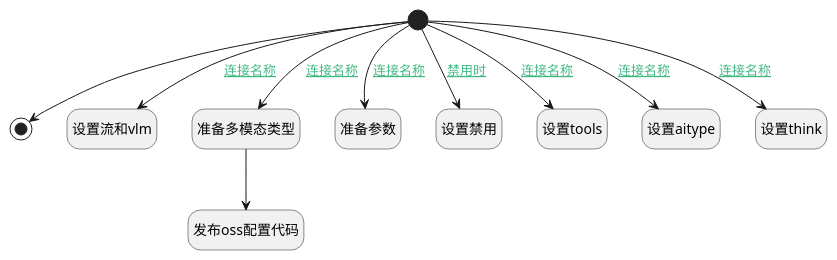
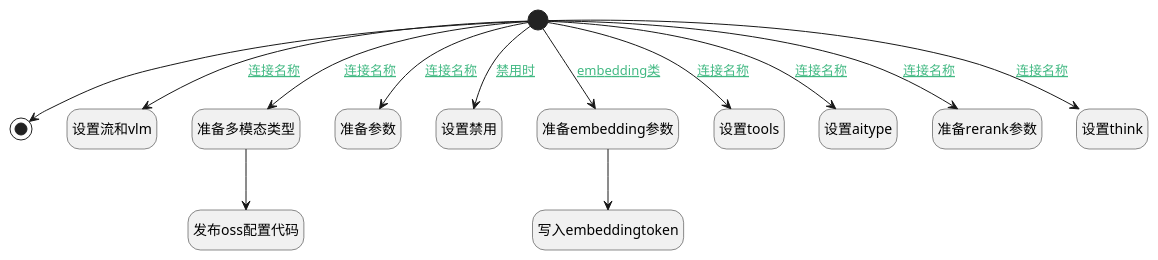
The diagram in doc/docsify/module/ai/ai_model/logic/get_cloud_config.md (iBizLab/plm), drawn with PlantUML before and after one commit. The commit also changed other lines of this file and 311 other files, not shown here.

````diff
--- a/doc/docsify/module/ai/ai_model/logic/get_cloud_config.md
+++ b/doc/docsify/module/ai/ai_model/logic/get_cloud_config.md
@@ -7,35 +7,41 @@
 ```plantuml
 @startuml
 hide empty description
 <style>
 root {
   HyperlinkColor #42b983
 }
 </style>
 
 hide empty description
 state "开始" as Begin <<start>> [[$./get_cloud_config#begin {"开始"}]]
 state "结束" as END_01 <<end>> [[$./get_cloud_config#end_01 {"结束"}]]
 state "设置流和vlm" as PREPAREPARAM_02  [[$./get_cloud_config#prepareparam_02 {"设置流和vlm"}]]
 state "准备多模态类型" as PREPAREPARAM_07  [[$./get_cloud_config#prepareparam_07 {"准备多模态类型"}]]
 state "发布oss配置代码" as RAWSFCODE_01  [[$./get_cloud_config#rawsfcode_01 {"发布oss配置代码"}]]
 state "准备参数" as PREPAREPARAM_06  [[$./get_cloud_config#prepareparam_06 {"准备参数"}]]
 state "设置禁用" as PREPAREPARAM_01  [[$./get_cloud_config#prepareparam_01 {"设置禁用"}]]
+state "准备embedding参数" as PREPAREPARAM_08  [[$./get_cloud_config#prepareparam_08 {"准备embedding参数"}]]
+state "写入embeddingtoken" as RAWSFCODE_02  [[$./get_cloud_config#rawsfcode_02 {"写入embeddingtoken"}]]
 state "设置tools" as PREPAREPARAM_04  [[$./get_cloud_config#prepareparam_04 {"设置tools"}]]
 state "设置aitype" as PREPAREPARAM_05  [[$./get_cloud_config#prepareparam_05 {"设置aitype"}]]
+state "准备rerank参数" as PREPAREPARAM_09  [[$./get_cloud_config#prepareparam_09 {"准备rerank参数"}]]
 state "设置think" as PREPAREPARAM_03  [[$./get_cloud_config#prepareparam_03 {"设置think"}]]
 
 
 Begin --> PREPAREPARAM_03 : [[$./get_cloud_config#begin-prepareparam_03{连接名称} 连接名称]]
 Begin --> PREPAREPARAM_04 : [[$./get_cloud_config#begin-prepareparam_04{连接名称} 连接名称]]
 Begin --> PREPAREPARAM_05 : [[$./get_cloud_config#begin-prepareparam_05{连接名称} 连接名称]]
 Begin --> PREPAREPARAM_06 : [[$./get_cloud_config#begin-prepareparam_06{连接名称} 连接名称]]
 Begin --> PREPAREPARAM_07 : [[$./get_cloud_config#begin-prepareparam_07{连接名称} 连接名称]]
 PREPAREPARAM_07 --> RAWSFCODE_01
+Begin --> PREPAREPARAM_08 : [[$./get_cloud_config#begin-prepareparam_08{embedding类} embedding类]]
+PREPAREPARAM_08 --> RAWSFCODE_02
 Begin --> PREPAREPARAM_01 : [[$./get_cloud_config#begin-prepareparam_01{禁用时} 禁用时]]
 Begin --> PREPAREPARAM_02 : [[$./get_cloud_config#begin-prepareparam_02{连接名称} 连接名称]]
+Begin --> PREPAREPARAM_09 : [[$./get_cloud_config#begin-prepareparam_09{连接名称} 连接名称]]
 Begin --> END_01
 
 
 @enduml
 ```
````
